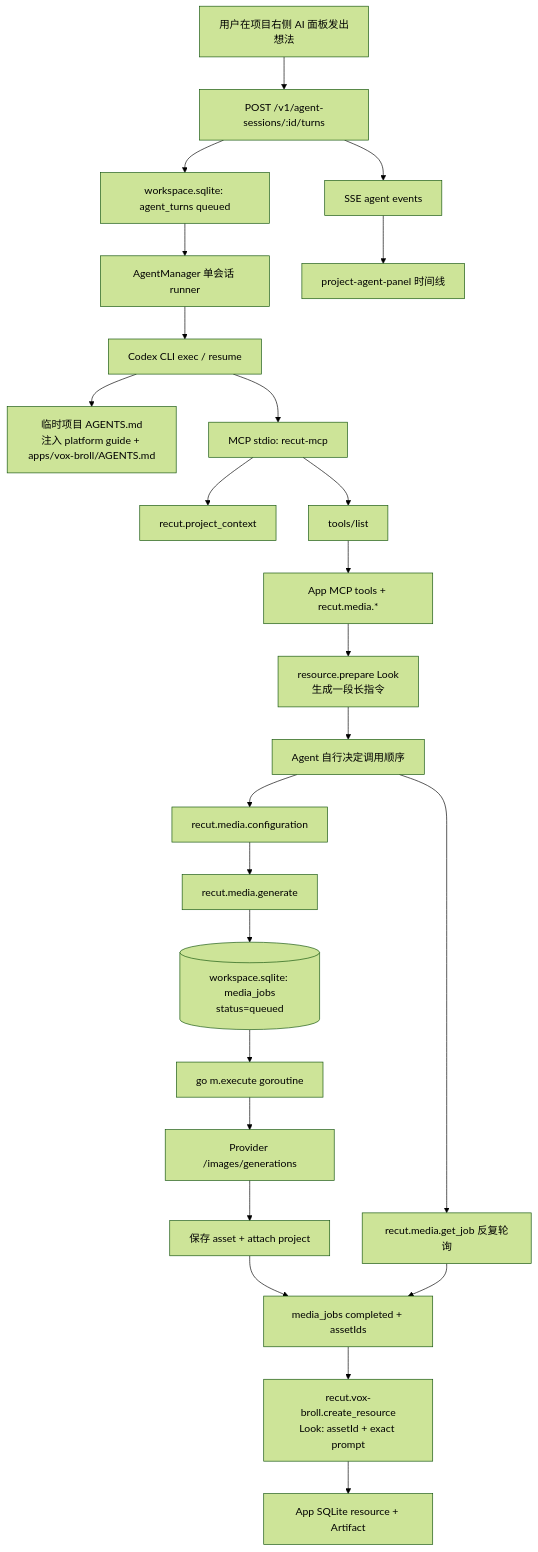
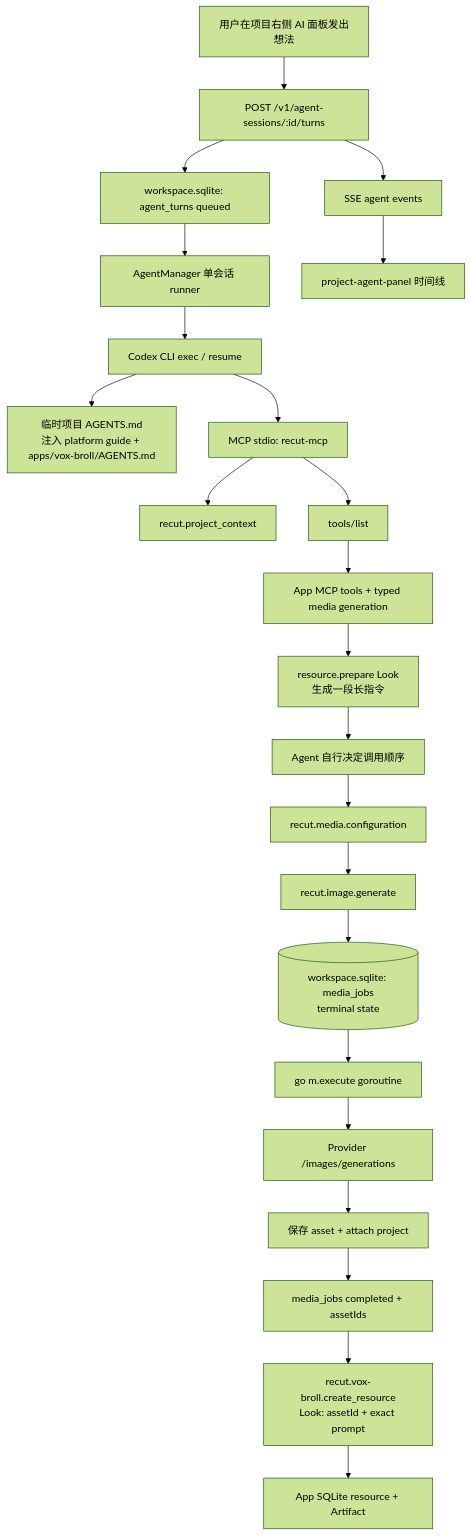
Before and after one commit to 6174/recut: the first of 3 diagrams in dev/2026-07-27-broll-agent-current-flow.md, drawn with Mermaid (forest theme). The commit also changed other lines of this file and 33 other files, not shown here.

````diff
--- a/dev/2026-07-27-broll-agent-current-flow.md
+++ b/dev/2026-07-27-broll-agent-current-flow.md
@@ -24,27 +24,25 @@
 ```mermaid
 flowchart TD
   U[用户在项目右侧 AI 面板发出想法] --> H[POST /v1/agent-sessions/:id/turns]
   H --> Q[workspace.sqlite: agent_turns queued]
   Q --> R[AgentManager 单会话 runner]
   R --> C[Codex CLI exec / resume]
   C --> G[临时项目 AGENTS.md\n注入 platform guide + apps/vox-broll/AGENTS.md]
   C --> M[MCP stdio: recut-mcp]
   M --> P[recut.project_context]
   M --> L[tools/list]
-  L --> A[App MCP tools + recut.media.*]
+  L --> A[App MCP tools + typed media generation]
   A --> PR[resource.prepare Look\n生成一段长指令]
   PR --> I[Agent 自行决定调用顺序]
   I --> CFG[recut.media.configuration]
-  CFG --> GEN[recut.media.generate]
-  GEN --> J[(workspace.sqlite: media_jobs\nstatus=queued)]
+  CFG --> GEN[recut.image.generate]
+  GEN --> J[(workspace.sqlite: media_jobs\nterminal state)]
   J --> W[go m.execute goroutine]
   W --> HTTP[Provider /images/generations]
   HTTP --> AS[保存 asset + attach project]
   AS --> DONE[media_jobs completed + assetIds]
-  I --> POLL[recut.media.get_job 反复轮询]
-  POLL --> DONE
   DONE --> SAVE[recut.vox-broll.create_resource\nLook: assetId + exact prompt]
   SAVE --> ART[App SQLite resource + Artifact]
   H --> SSE[SSE agent events]
   SSE --> UI[project-agent-panel 时间线]
 ```
````
